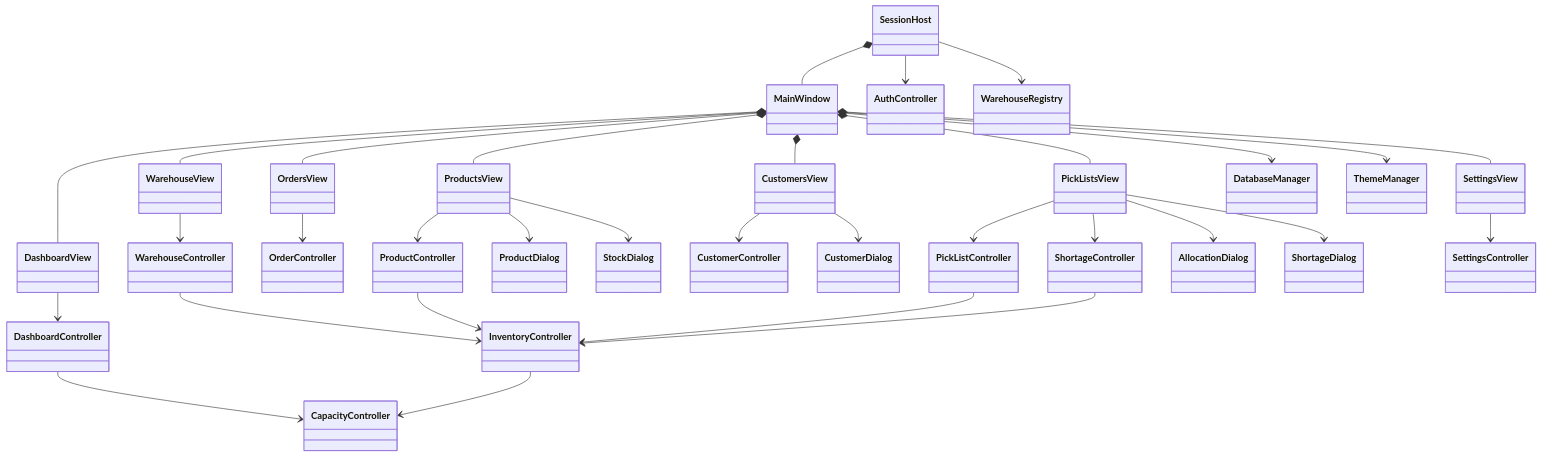
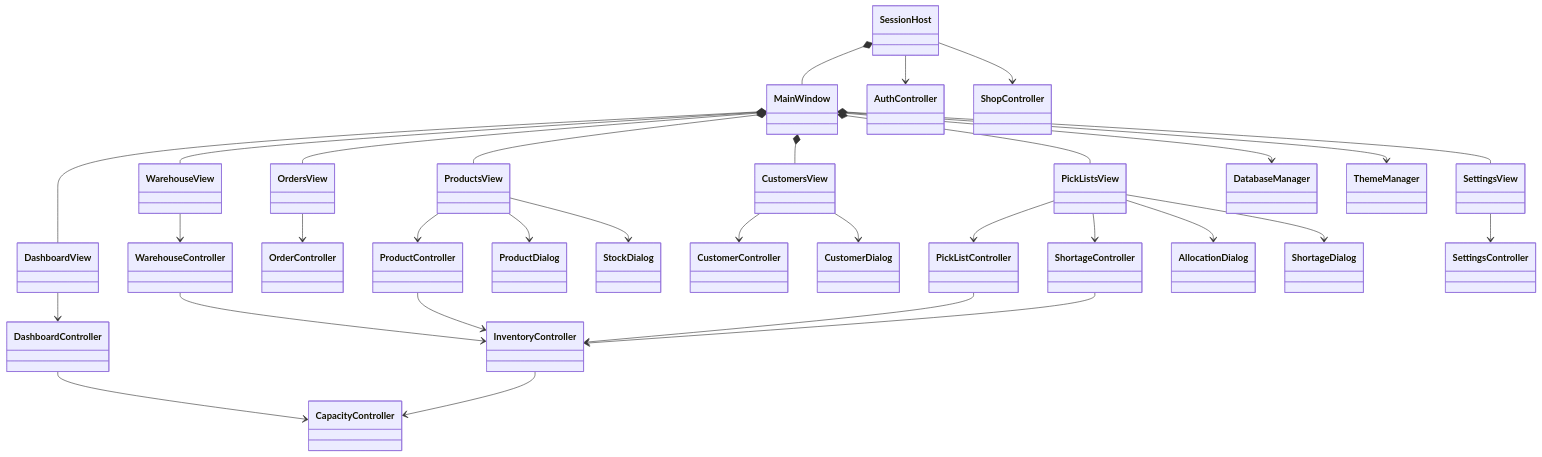
Before and after one commit to BKurantowicz/Engineering-thesis-project: the first of 2 diagrams in README.md, drawn with Mermaid. The commit also changed other lines of this file and 46 other files, not shown here.

````diff
--- a/README.md
+++ b/README.md
@@ -528,34 +599,34 @@
 ```mermaid
 classDiagram
     SessionHost *-- MainWindow
     SessionHost --> AuthController
-    SessionHost --> WarehouseRegistry
+    SessionHost --> ShopController
     MainWindow *-- WarehouseView
     WarehouseView --> WarehouseController
     WarehouseController --> InventoryController
     MainWindow *-- DashboardView
     MainWindow *-- OrdersView
     MainWindow *-- ProductsView
     MainWindow *-- CustomersView
     MainWindow *-- PickListsView
     MainWindow *-- SettingsView
     DashboardView --> DashboardController
     DashboardController --> CapacityController
     OrdersView --> OrderController
     ProductsView --> ProductController
     ProductsView --> ProductDialog
     ProductsView --> StockDialog
     CustomersView --> CustomerController
     CustomersView --> CustomerDialog
     PickListsView --> PickListController
     PickListsView --> ShortageController
     PickListsView --> AllocationDialog
     PickListsView --> ShortageDialog
     SettingsView --> SettingsController
     ProductController --> InventoryController
     PickListController --> InventoryController
     ShortageController --> InventoryController
     InventoryController --> CapacityController
     MainWindow --> DatabaseManager
     MainWindow --> ThemeManager
 ```
````
